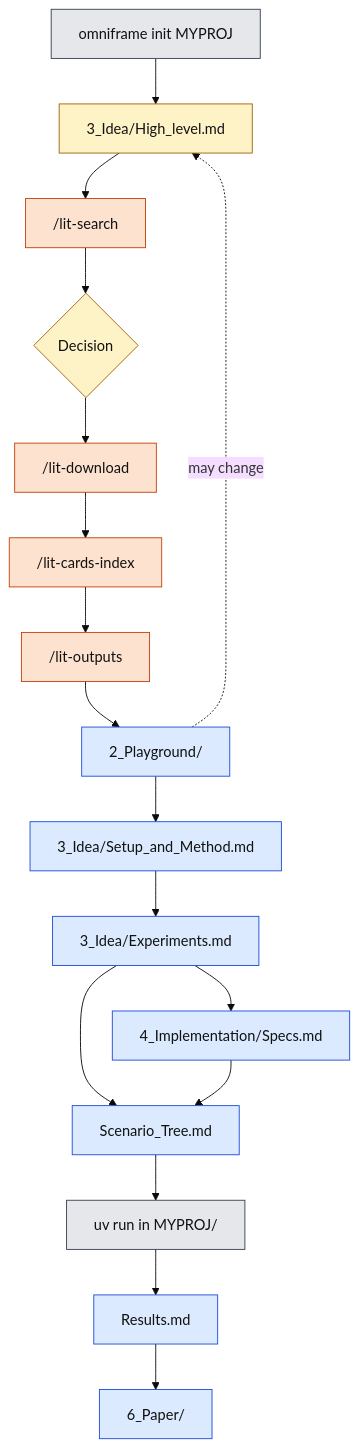
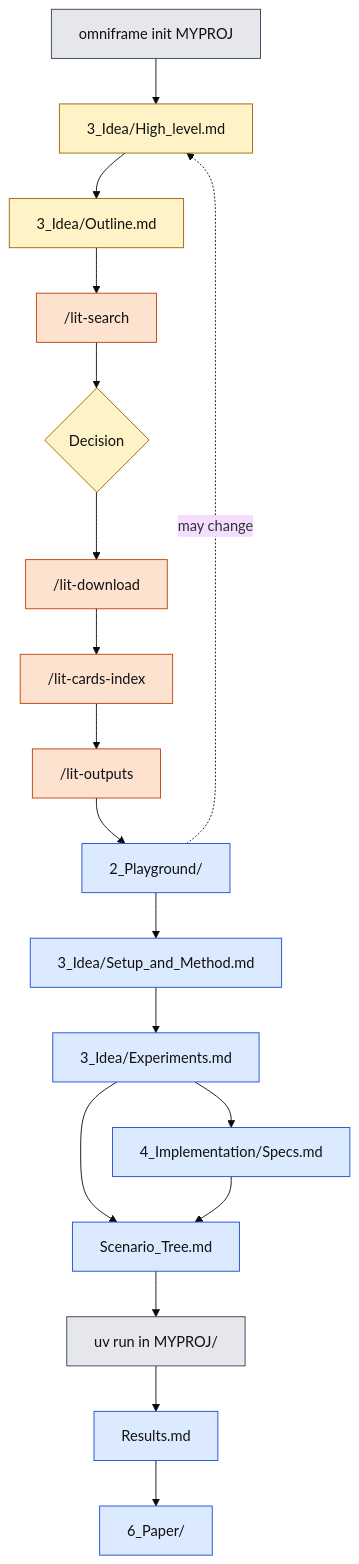
One commit to LeonardoSani/OmniFrame changed the first of 3 diagrams in GUIDE.md. Above: the diagram before and after it, drawn with Mermaid (base theme). The commit also changed other lines of this file and 7 other files, not shown here.

````diff
--- a/GUIDE.md
+++ b/GUIDE.md
@@ -25,30 +25,31 @@
 ```mermaid
 flowchart TD
   classDef shell fill:#e5e7eb,stroke:#374151,color:#111
   classDef claude fill:#fde2cf,stroke:#c2410c,color:#111
   classDef chat fill:#dbeafe,stroke:#1d4ed8,color:#111
   classDef you fill:#fef3c7,stroke:#a16207,color:#111
 
   init["omniframe init MYPROJ"]:::shell
   hl["3_Idea/High_level.md"]:::you
+  ol["3_Idea/Outline.md"]:::you
   se["/lit-search"]:::claude
   dec{"Decision"}:::you
   dl["/lit-download"]:::claude
   ca["/lit-cards-index"]:::claude
   ou["/lit-outputs"]:::claude
   pg["2_Playground/"]:::chat
   me["3_Idea/Setup_and_Method.md"]:::chat
   ex["3_Idea/Experiments.md"]:::chat
   spec["4_Implementation/Specs.md"]:::chat
   tree["Scenario_Tree.md"]:::chat
   run["uv run in MYPROJ/"]:::shell
   res["Results.md"]:::chat
   paper["6_Paper/"]:::chat
 
-  init --> hl --> se --> dec --> dl --> ca --> ou --> pg --> me --> ex
+  init --> hl --> ol --> se --> dec --> dl --> ca --> ou --> pg --> me --> ex
   ex --> spec
   pg -.->|"may change"| hl
   ex --> tree
   spec --> tree
   tree --> run --> res --> paper
 ```
````
